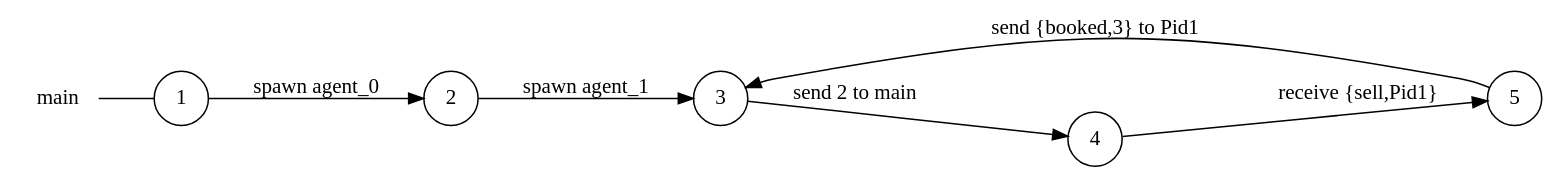
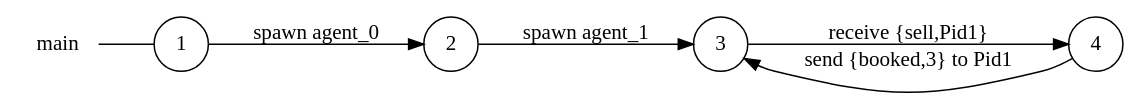
The diagram in examples/airline/main_local_view.dot (gabrielegenovese/chorer), drawn with Graphviz before and after one commit. The commit also changed 34 other files, not shown here.

```diff
--- a/examples/airline/main_local_view.dot
+++ b/examples/airline/main_local_view.dot
@@ -1,16 +1,14 @@
 digraph main {
 	rankdir="LR";
 	n_0 [label="main", shape="plaintext"];
-	n_1 [id="5", shape=circle, label="4"];
-	n_2 [id="1", shape=circle, label="1"];
-	n_0 -> n_2 [arrowhead=none];
-	n_3 [id="2", shape=circle, label="2"];
-	n_4 [id="4", shape=circle, label="5"];
-	n_5 [id="3", shape=circle, label="3"];
+	n_1 [id="1", shape=circle, label="1"];
+	n_0 -> n_1 [arrowhead=none];
+	n_2 [id="2", shape=circle, label="3"];
+	n_3 [id="4", shape=circle, label="4"];
+	n_4 [id="3", shape=circle, label="2"];
 
-	n_3 -> n_5 [id="[$e|0]", label="spawn agent_1"];
-	n_1 -> n_4 [id="[$e|1]", label="receive {sell,Pid1}"];
-	n_2 -> n_3 [id="[$e|3]", label="spawn agent_0"];
-	n_4 -> n_5 [id="[$e|6]", label="send {booked,3} to Pid1"];
-	n_5 -> n_1 [id="[$e|5]", label="send 2 to main"];
+	n_3 -> n_2 [id="[$e|1]", label="send {booked,3} to Pid1"];
+	n_2 -> n_3 [id="[$e|4]", label="receive {sell,Pid1}"];
+	n_1 -> n_4 [id="[$e|2]", label="spawn agent_0"];
+	n_4 -> n_2 [id="[$e|5]", label="spawn agent_1"];
 }
```
